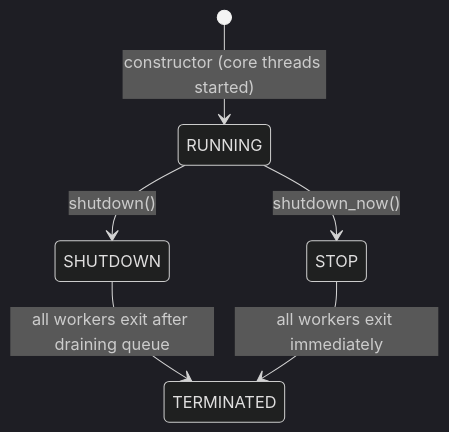
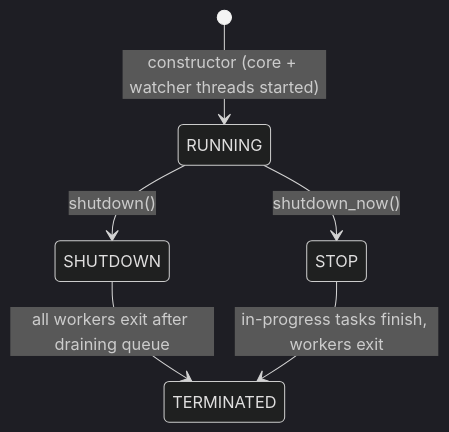
The second of 2 diagrams in DESIGN.md (lwhttpdorg/threadpool), drawn with Mermaid (dark theme) before and after one commit. The commit also changed other lines of this file and 20 other files, not shown here.

````diff
--- a/DESIGN.md
+++ b/DESIGN.md
@@ -234,8 +245,8 @@
 ```mermaid
 stateDiagram-v2
-    [*] --> RUNNING: constructor (core threads started)
+    [*] --> RUNNING: constructor (core + watcher threads started)
     RUNNING --> SHUTDOWN: shutdown()
     RUNNING --> STOP: shutdown_now()
     SHUTDOWN --> TERMINATED: all workers exit after draining queue
-    STOP --> TERMINATED: all workers exit immediately
+    STOP --> TERMINATED: in-progress tasks finish, workers exit
 ```
````
